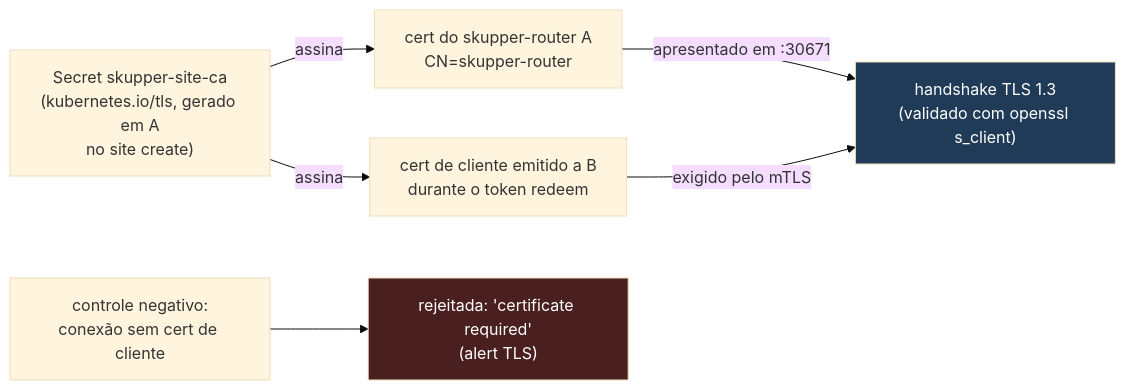
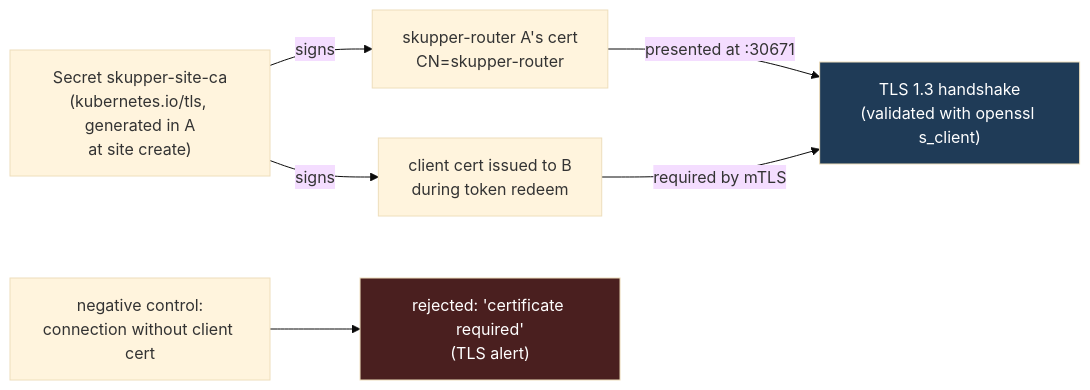
The fifth of 7 diagrams in docs/ARCHITECTURE.md (ericogr/poc-skupper), drawn with Mermaid (base theme) before and after one commit. The commit also changed other lines of this file and 3 other files, not shown here.

First line of the commit message:
docs: adiciona versoes em ingles de README e ARCHITECTURE, PT-BR vira traducao

````diff
--- a/docs/ARCHITECTURE.md
+++ b/docs/ARCHITECTURE.md
@@ -191,18 +198,18 @@
 ```mermaid
 flowchart LR
-    ca["Secret skupper-site-ca<br/>(kubernetes.io/tls, gerado em A<br/>no site create)"]
-    certRouter["cert do skupper-router A<br/>CN=skupper-router"]
-    certClient["cert de cliente emitido a B<br/>durante o token redeem"]
-    handshake["handshake TLS 1.3<br/>(validado com openssl s_client)"]
-    negControl["controle negativo:<br/>conexão sem cert de cliente"]
-    rejected["rejeitada: 'certificate required'<br/>(alert TLS)"]
+    ca["Secret skupper-site-ca<br/>(kubernetes.io/tls, generated in A<br/>at site create)"]
+    certRouter["skupper-router A's cert<br/>CN=skupper-router"]
+    certClient["client cert issued to B<br/>during token redeem"]
+    handshake["TLS 1.3 handshake<br/>(validated with openssl s_client)"]
+    negControl["negative control:<br/>connection without client cert"]
+    rejected["rejected: 'certificate required'<br/>(TLS alert)"]
 
-    ca -->|assina| certRouter
-    ca -->|assina| certClient
-    certRouter -->|apresentado em :30671| handshake
-    certClient -->|exigido pelo mTLS| handshake
+    ca -->|signs| certRouter
+    ca -->|signs| certClient
+    certRouter -->|presented at :30671| handshake
+    certClient -->|required by mTLS| handshake
     negControl --> rejected
 
     style handshake fill:#1f3b57,color:#fff
     style rejected fill:#4a1f1f,color:#fff
 ```
````
